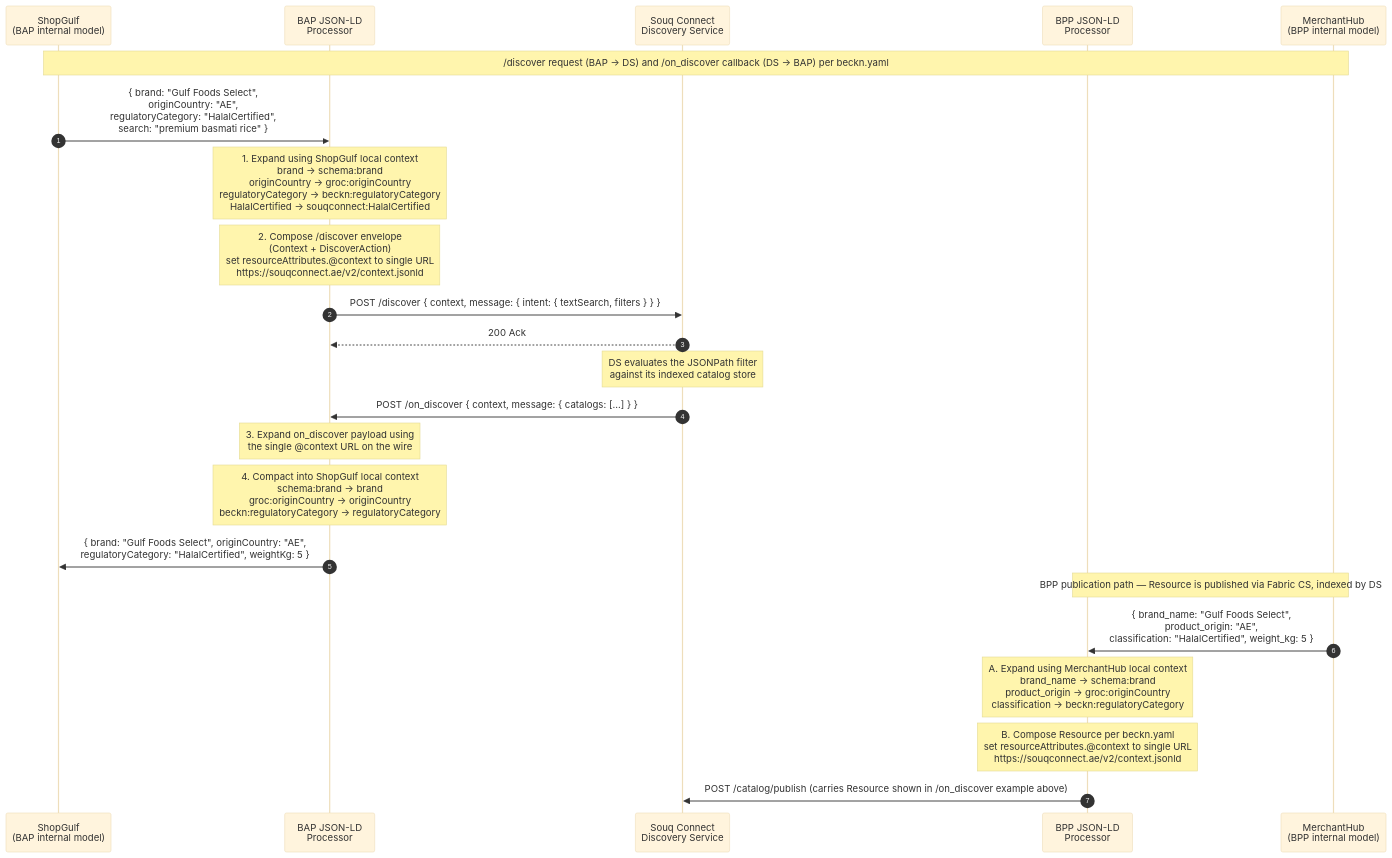
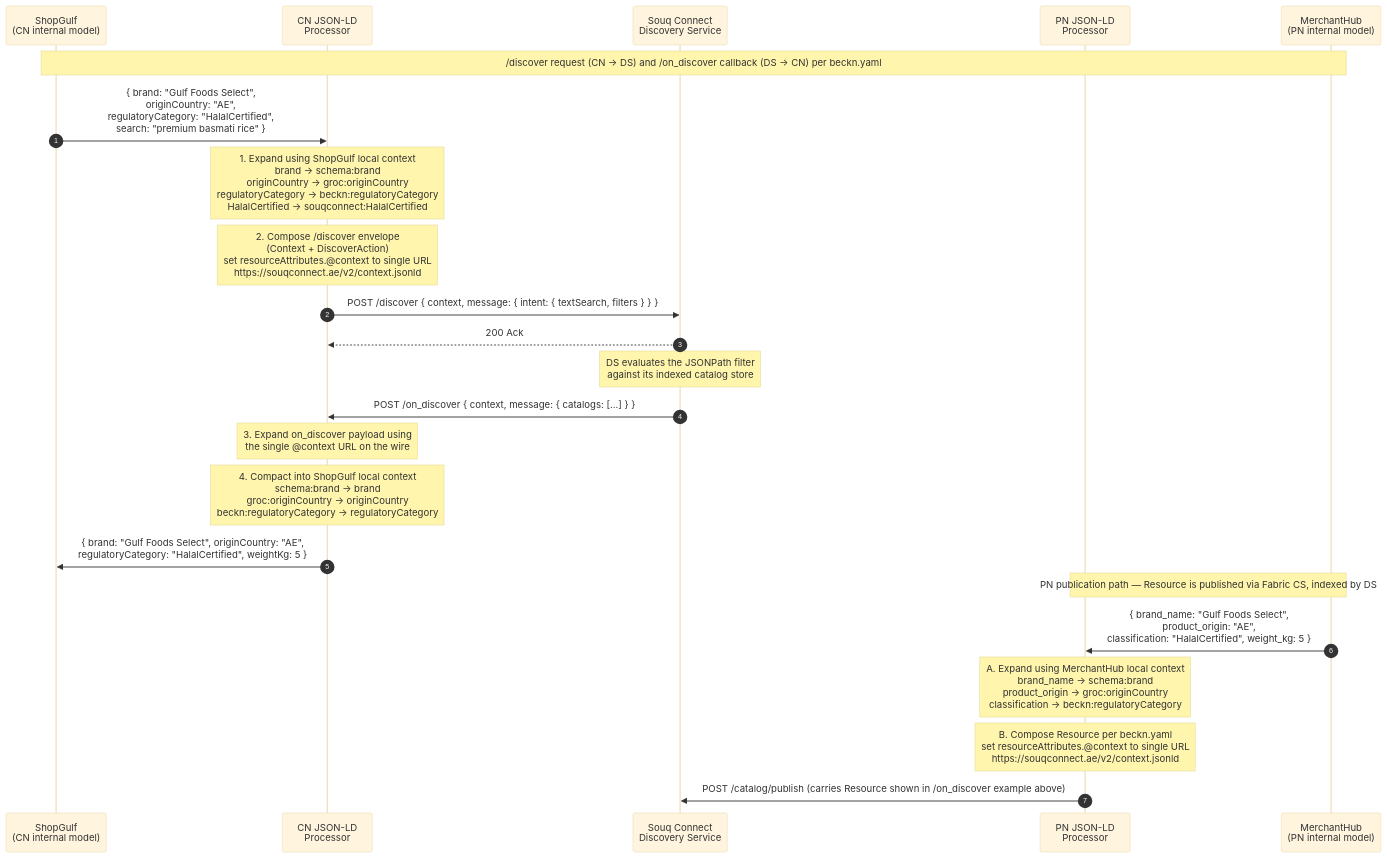
Before and after one commit to louislarry/protocol-specifications-v2: the third of 3 diagrams in docs/Schema_Design_Guide.md, drawn with Mermaid (base theme). The commit also changed other lines of this file and 8 other files, not shown here.

First line of the commit message:
Rename BAP/BPP terminology to Consumer Node (CN) / Provider Node (PN)

````diff
--- a/docs/Schema_Design_Guide.md
+++ b/docs/Schema_Design_Guide.md
@@ -1221,27 +1221,27 @@
 ```mermaid
 sequenceDiagram
     autonumber
-    participant App as ShopGulf<br/>(BAP internal model)
-    participant BAPLD as BAP JSON-LD<br/>Processor
+    participant App as ShopGulf<br/>(CN internal model)
+    participant BAPLD as CN JSON-LD<br/>Processor
     participant DS as Souq Connect<br/>Discovery Service
-    participant BPPLD as BPP JSON-LD<br/>Processor
-    participant Cat as MerchantHub<br/>(BPP internal model)
+    participant BPPLD as PN JSON-LD<br/>Processor
+    participant Cat as MerchantHub<br/>(PN internal model)
 
-    Note over App,Cat: /discover request (BAP → DS) and /on_discover callback (DS → BAP) per beckn.yaml
+    Note over App,Cat: /discover request (CN → DS) and /on_discover callback (DS → CN) per beckn.yaml
     App->>BAPLD: { brand: "Gulf Foods Select",<br/>originCountry: "AE",<br/>regulatoryCategory: "HalalCertified",<br/>search: "premium basmati rice" }
     Note over BAPLD: 1. Expand using ShopGulf local context<br/>brand → schema:brand<br/>originCountry → groc:originCountry<br/>regulatoryCategory → beckn:regulatoryCategory<br/>HalalCertified → souqconnect:HalalCertified
     Note over BAPLD: 2. Compose /discover envelope<br/>(Context + DiscoverAction)<br/>set resourceAttributes.@context to single URL<br/>https://souqconnect.ae/v2/context.jsonld
     BAPLD->>DS: POST /discover { context, message: { intent: { textSearch, filters } } }
     DS-->>BAPLD: 200 Ack
     Note over DS: DS evaluates the JSONPath filter<br/>against its indexed catalog store
     DS->>BAPLD: POST /on_discover { context, message: { catalogs: [...] } }
     Note over BAPLD: 3. Expand on_discover payload using<br/>the single @context URL on the wire
     Note over BAPLD: 4. Compact into ShopGulf local context<br/>schema:brand → brand<br/>groc:originCountry → originCountry<br/>beckn:regulatoryCategory → regulatoryCategory
     BAPLD->>App: { brand: "Gulf Foods Select", originCountry: "AE",<br/>regulatoryCategory: "HalalCertified", weightKg: 5 }
 
-    Note over BPPLD,Cat: BPP publication path — Resource is published via Fabric CS, indexed by DS
+    Note over BPPLD,Cat: PN publication path — Resource is published via Fabric CS, indexed by DS
     Cat->>BPPLD: { brand_name: "Gulf Foods Select",<br/>product_origin: "AE",<br/>classification: "HalalCertified", weight_kg: 5 }
     Note over BPPLD: A. Expand using MerchantHub local context<br/>brand_name → schema:brand<br/>product_origin → groc:originCountry<br/>classification → beckn:regulatoryCategory
     Note over BPPLD: B. Compose Resource per beckn.yaml<br/>set resourceAttributes.@context to single URL<br/>https://souqconnect.ae/v2/context.jsonld
     BPPLD->>DS: POST /catalog/publish (carries Resource shown in /on_discover example above)
 ```
````
